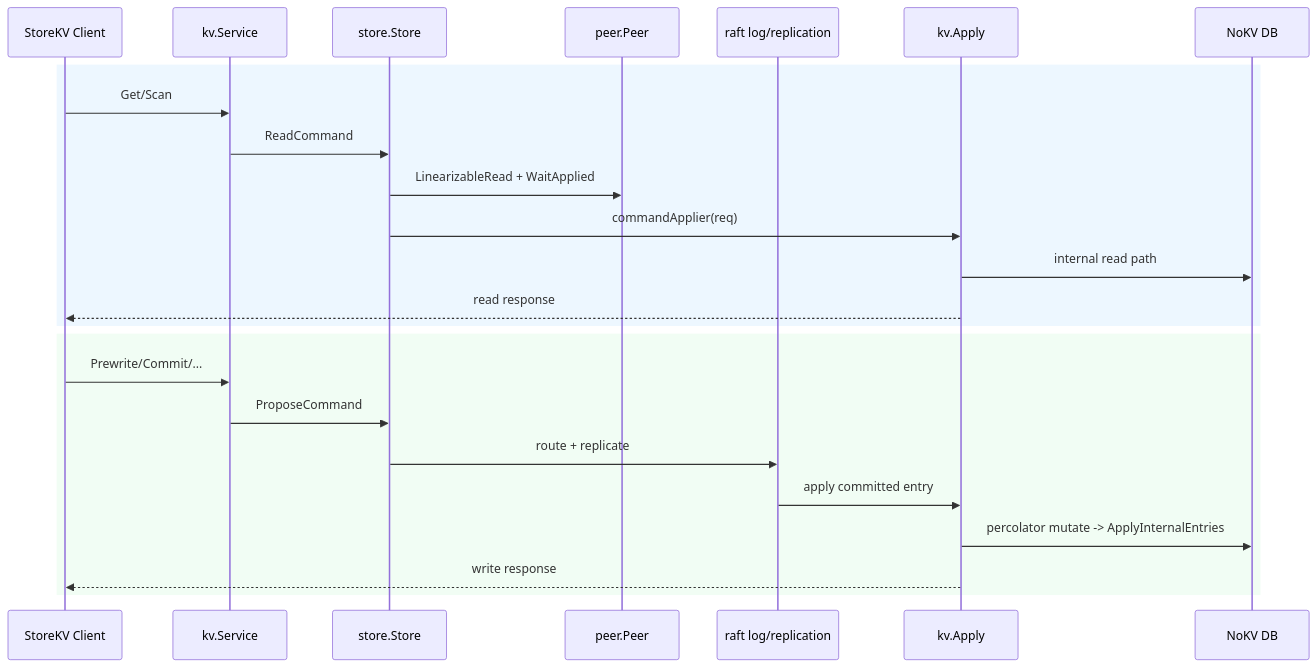
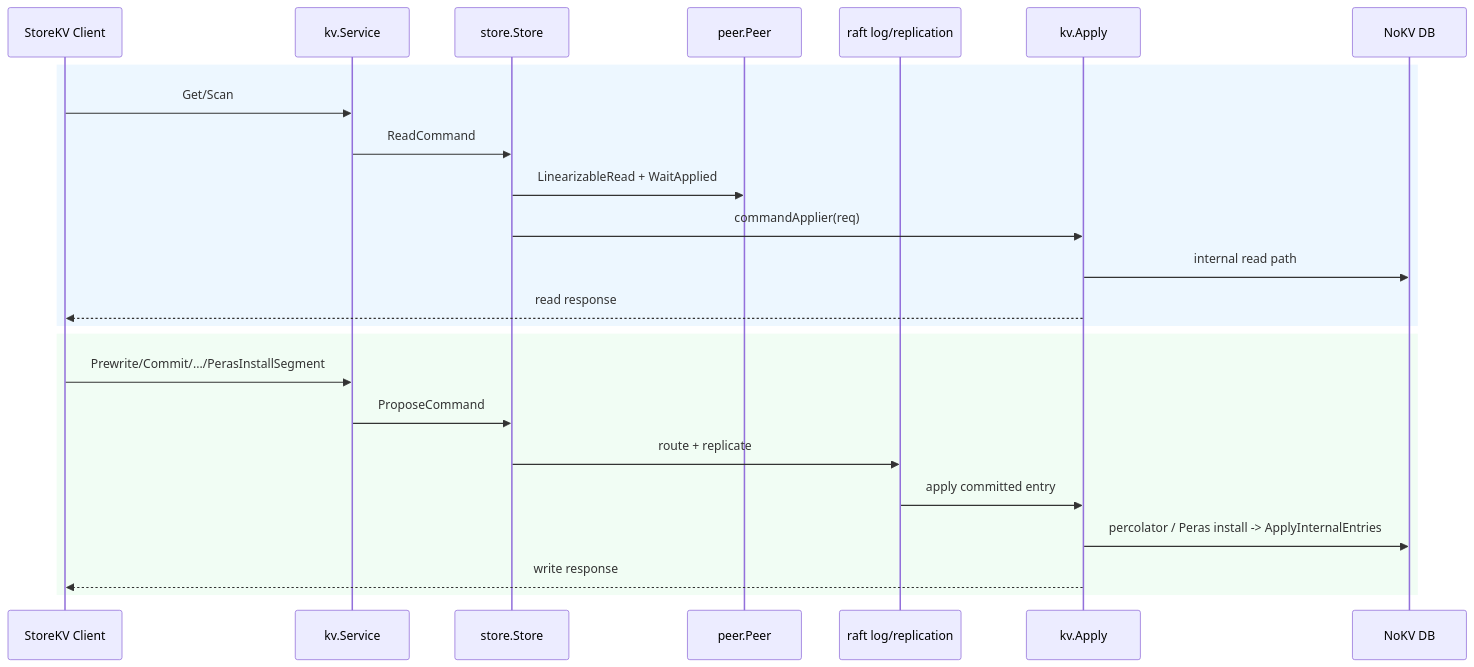
Before and after one commit to feichai0017/NoKV: the second of 2 diagrams in docs/raftstore.md, drawn with Mermaid. The commit also changed other lines of this file and 10 other files, not shown here.

First line of the commit message:
docs: document Peras architecture boundaries (#280)

````diff
--- a/docs/raftstore.md
+++ b/docs/raftstore.md
@@ -109,28 +109,28 @@
 ```mermaid
 sequenceDiagram
     participant C as StoreKV Client
     participant SVC as kv.Service
     participant ST as store.Store
     participant PR as peer.Peer
     participant RF as raft log/replication
     participant AP as kv.Apply
     participant DB as NoKV DB
 
     rect rgb(237, 247, 255)
       C->>SVC: Get/Scan
       SVC->>ST: ReadCommand
       ST->>PR: LinearizableRead + WaitApplied
       ST->>AP: commandApplier(req)
       AP->>DB: internal read path
       AP-->>C: read response
     end
 
     rect rgb(241, 253, 244)
-      C->>SVC: Prewrite/Commit/...
+      C->>SVC: Prewrite/Commit/.../PerasInstallSegment
       SVC->>ST: ProposeCommand
       ST->>RF: route + replicate
       RF->>AP: apply committed entry
-      AP->>DB: percolator mutate -> ApplyInternalEntries
+      AP->>DB: percolator / Peras install -> ApplyInternalEntries
       AP-->>C: write response
     end
 ```
````
